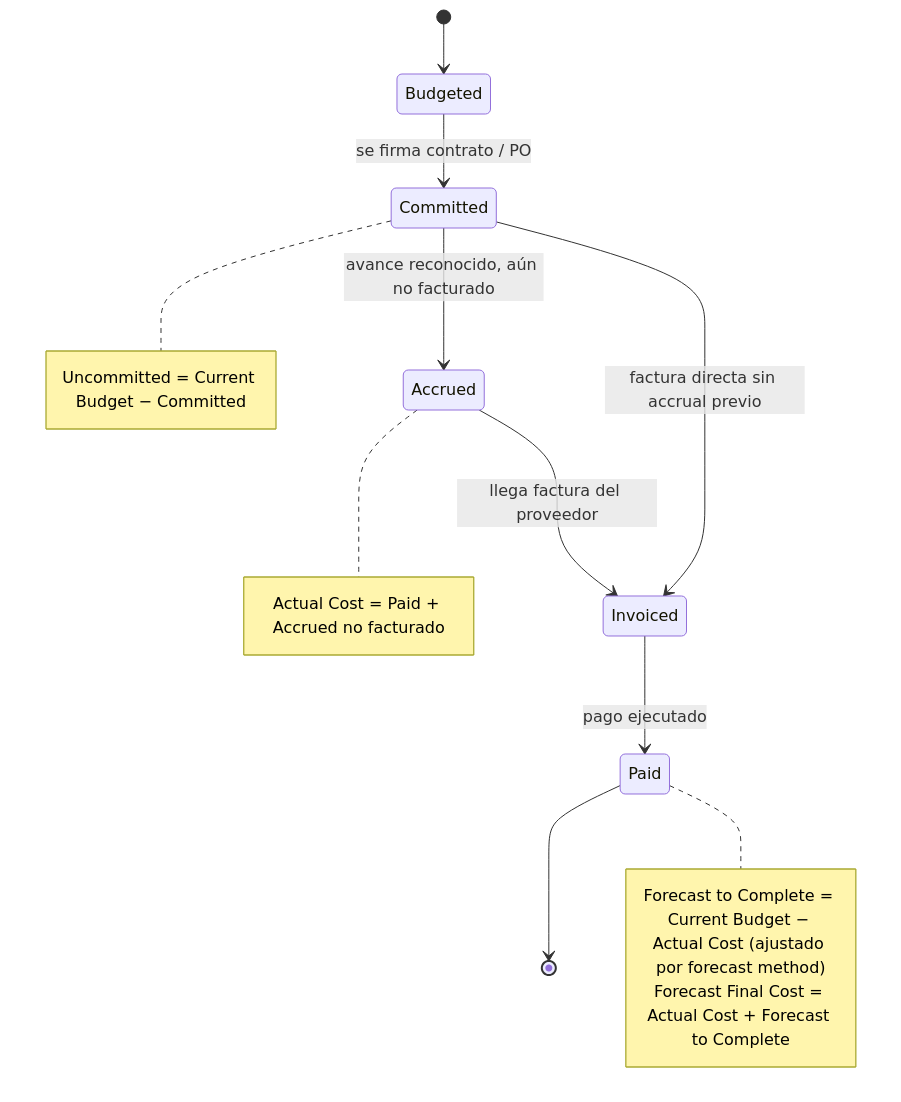
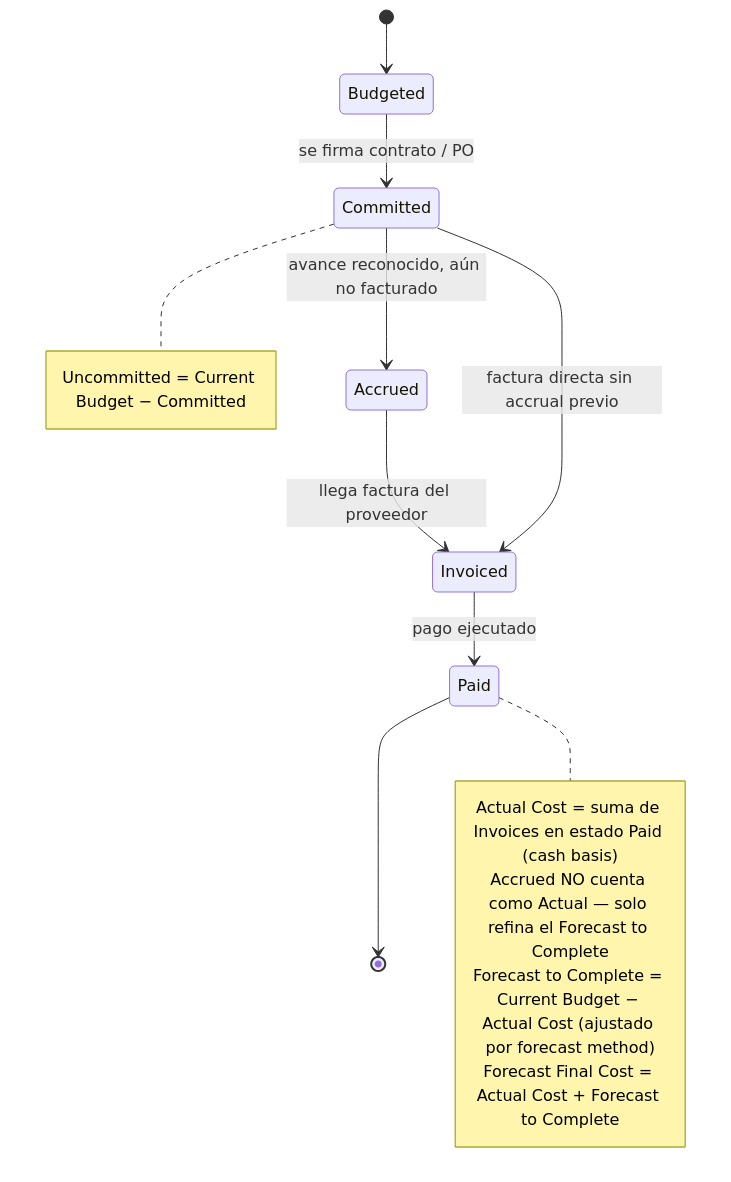
Before and after one commit to gabrielafundora/Plataforma-RE: the third of 7 diagrams in docs/strategy/00-analisis-arquitectura-y-mvp.md, drawn with Mermaid. The commit also changed other lines of this file, not shown here.

First line of the commit message:
Incorporate founder decisions: Deal/UW mode, cash-basis actuals, Scenario/Snapshot lifecycle

````diff
--- a/docs/strategy/00-analisis-arquitectura-y-mvp.md
+++ b/docs/strategy/00-analisis-arquitectura-y-mvp.md
@@ -201,21 +204,20 @@
 ```mermaid
 stateDiagram-v2
   [*] --> Budgeted
   Budgeted --> Committed: se firma contrato / PO
   Committed --> Accrued: avance reconocido, aún no facturado
   Accrued --> Invoiced: llega factura del proveedor
   Committed --> Invoiced: factura directa sin accrual previo
   Invoiced --> Paid: pago ejecutado
   Paid --> [*]
 
   note right of Committed
     Uncommitted = Current Budget − Committed
   end note
-  note right of Accrued
-    Actual Cost = Paid + Accrued no facturado
-  end note
   note right of Paid
+    Actual Cost = suma de Invoices en estado Paid (cash basis)
+    Accrued NO cuenta como Actual — solo refina el Forecast to Complete
     Forecast to Complete = Current Budget − Actual Cost (ajustado por forecast method)
     Forecast Final Cost = Actual Cost + Forecast to Complete
   end note
 ```
````
